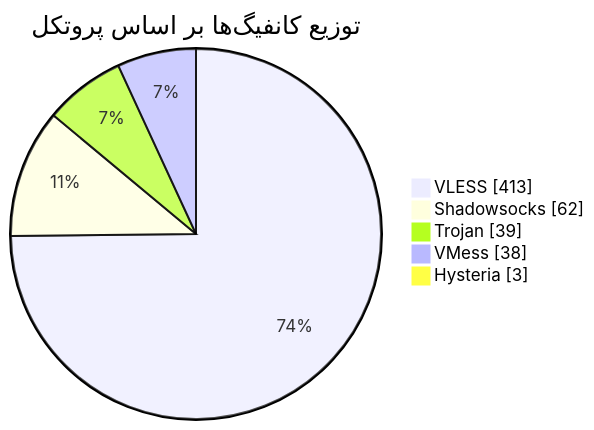
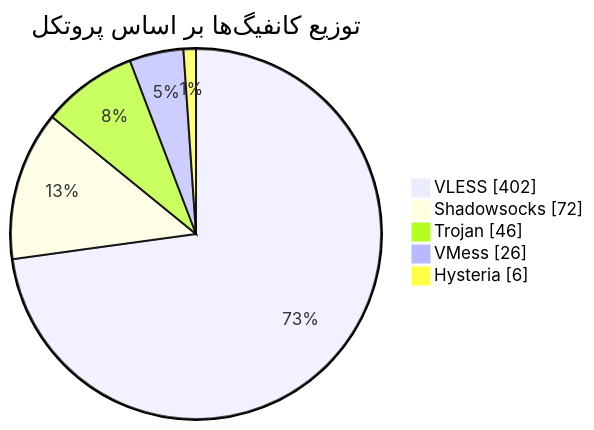
Before and after one commit to Arian-Alijani/Somthing: the diagram in README.md, drawn with Mermaid. The commit also changed other lines of this file and 83 other files, not shown here.

````diff
--- a/README.md
+++ b/README.md
@@ -47,9 +47,9 @@
 ```mermaid
 pie showData
     title توزیع کانفیگ‌ها بر اساس پروتکل
-    "VLESS" : 413
-    "Shadowsocks" : 62
-    "Trojan" : 39
-    "VMess" : 38
-    "Hysteria" : 3
+    "VLESS" : 402
+    "Shadowsocks" : 72
+    "Trojan" : 46
+    "VMess" : 26
+    "Hysteria" : 6
 ```
````
